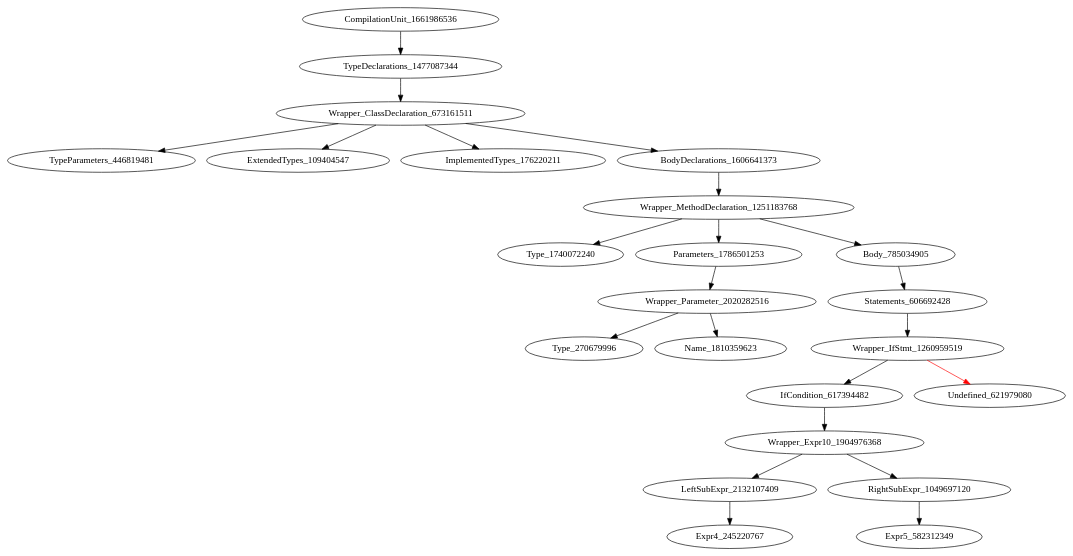
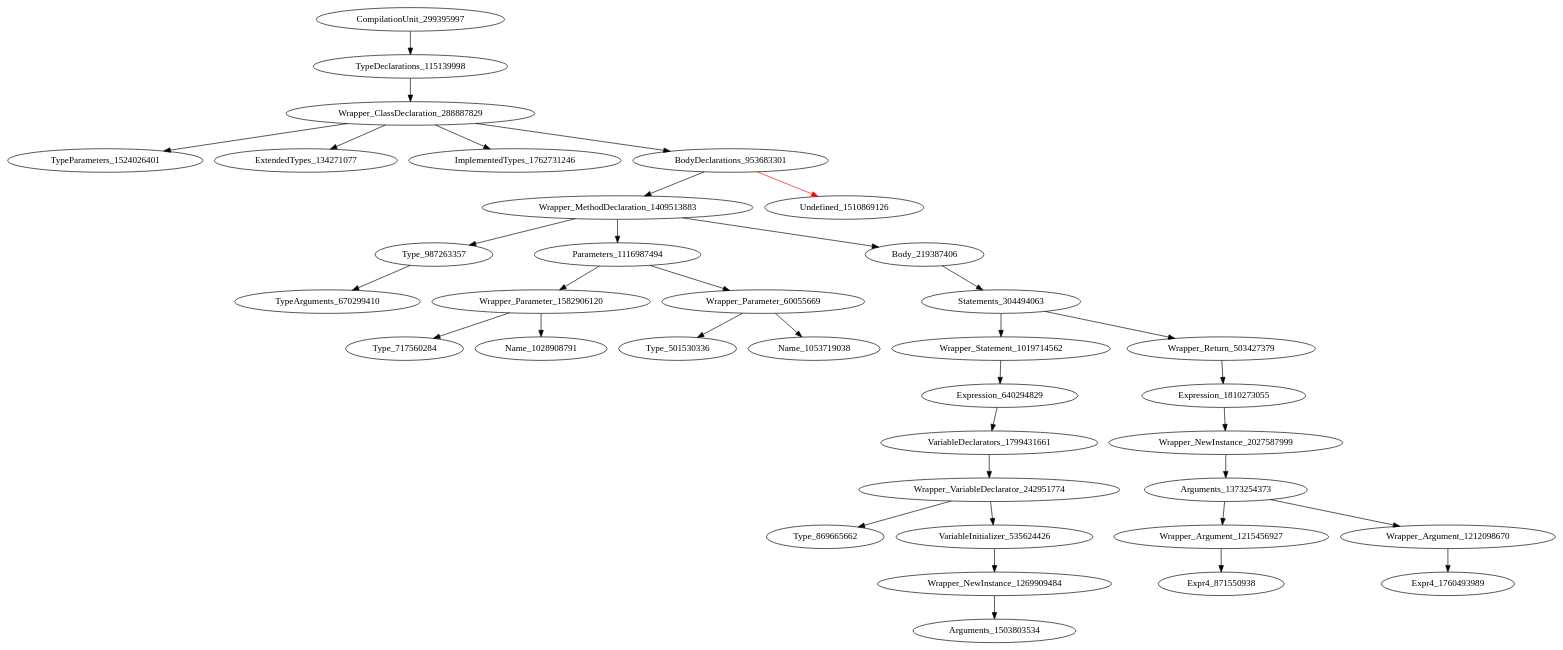
The diagram in holeAST.dot (icse2023material/VoiceJava), drawn with Graphviz before and after one commit. The commit also changed 5 other files, not shown here.

```diff
--- a/holeAST.dot
+++ b/holeAST.dot
@@ -1,24 +1,37 @@
 digraph {
-CompilationUnit_1661986536 -> TypeDeclarations_1477087344
-TypeDeclarations_1477087344 -> Wrapper_ClassDeclaration_673161511
-Wrapper_ClassDeclaration_673161511 -> TypeParameters_446819481
-Wrapper_ClassDeclaration_673161511 -> ExtendedTypes_109404547
-Wrapper_ClassDeclaration_673161511 -> ImplementedTypes_176220211
-Wrapper_ClassDeclaration_673161511 -> BodyDeclarations_1606641373
-BodyDeclarations_1606641373 -> Wrapper_MethodDeclaration_1251183768
-Wrapper_MethodDeclaration_1251183768 -> Type_1740072240
-Wrapper_MethodDeclaration_1251183768 -> Parameters_1786501253
-Wrapper_MethodDeclaration_1251183768 -> Body_785034905
-Parameters_1786501253 -> Wrapper_Parameter_2020282516
-Body_785034905 -> Statements_606692428
-Wrapper_Parameter_2020282516 -> Type_270679996
-Wrapper_Parameter_2020282516 -> Name_1810359623
-Statements_606692428 -> Wrapper_IfStmt_1260959519
-Wrapper_IfStmt_1260959519 -> IfCondition_617394482
-Wrapper_IfStmt_1260959519 -> Undefined_621979080 [color = red] 
-IfCondition_617394482 -> Wrapper_Expr10_1904976368
-Wrapper_Expr10_1904976368 -> LeftSubExpr_2132107409
-Wrapper_Expr10_1904976368 -> RightSubExpr_1049697120
-LeftSubExpr_2132107409 -> Expr4_245220767
-RightSubExpr_1049697120 -> Expr5_582312349
+CompilationUnit_299395997 -> TypeDeclarations_115139998
+TypeDeclarations_115139998 -> Wrapper_ClassDeclaration_288887829
+Wrapper_ClassDeclaration_288887829 -> TypeParameters_1524026401
+Wrapper_ClassDeclaration_288887829 -> ExtendedTypes_134271077
+Wrapper_ClassDeclaration_288887829 -> ImplementedTypes_1762731246
+Wrapper_ClassDeclaration_288887829 -> BodyDeclarations_953683301
+BodyDeclarations_953683301 -> Wrapper_MethodDeclaration_1409513883
+BodyDeclarations_953683301 -> Undefined_1510869126 [color = red] 
+Wrapper_MethodDeclaration_1409513883 -> Type_987263357
+Wrapper_MethodDeclaration_1409513883 -> Parameters_1116987494
+Wrapper_MethodDeclaration_1409513883 -> Body_219387406
+Type_987263357 -> TypeArguments_670299410
+Parameters_1116987494 -> Wrapper_Parameter_1582906120
+Parameters_1116987494 -> Wrapper_Parameter_60055669
+Body_219387406 -> Statements_304494063
+Wrapper_Parameter_1582906120 -> Type_717560284
+Wrapper_Parameter_1582906120 -> Name_1028908791
+Wrapper_Parameter_60055669 -> Type_501530336
+Wrapper_Parameter_60055669 -> Name_1053719038
+Statements_304494063 -> Wrapper_Statement_1019714562
+Statements_304494063 -> Wrapper_Return_503427379
+Wrapper_Statement_1019714562 -> Expression_640294829
+Wrapper_Return_503427379 -> Expression_1810273055
+Expression_640294829 -> VariableDeclarators_1799431661
+Expression_1810273055 -> Wrapper_NewInstance_2027587999
+VariableDeclarators_1799431661 -> Wrapper_VariableDeclarator_242951774
+Wrapper_NewInstance_2027587999 -> Arguments_1373254373
+Wrapper_VariableDeclarator_242951774 -> Type_869665662
+Wrapper_VariableDeclarator_242951774 -> VariableInitializer_535624426
+Arguments_1373254373 -> Wrapper_Argument_1215456927
+Arguments_1373254373 -> Wrapper_Argument_1212098670
+VariableInitializer_535624426 -> Wrapper_NewInstance_1269909484
+Wrapper_Argument_1215456927 -> Expr4_871550938
+Wrapper_Argument_1212098670 -> Expr4_1760493989
+Wrapper_NewInstance_1269909484 -> Arguments_1503803534
 }
```
